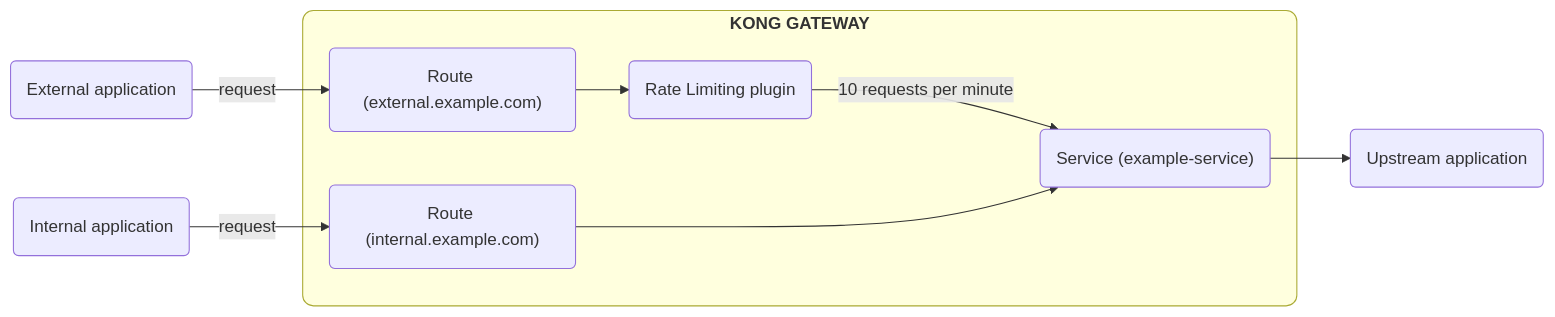
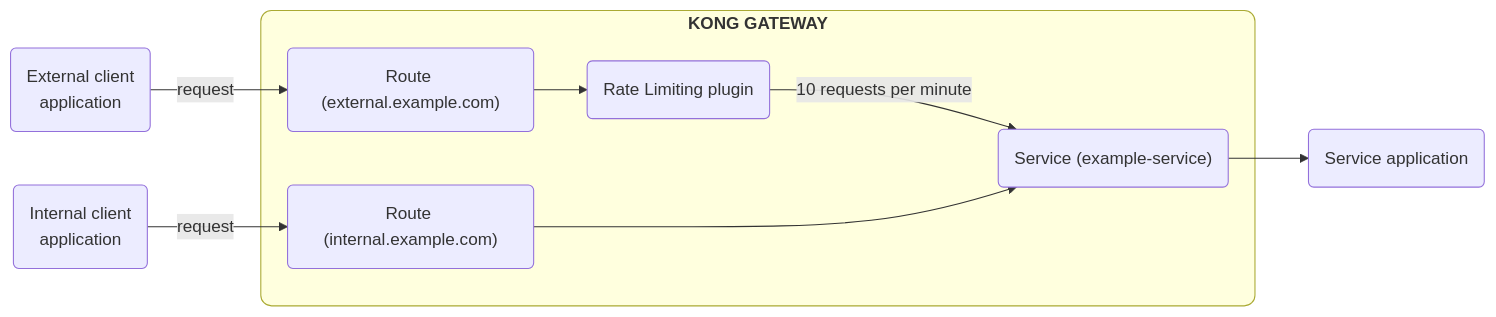
Before and after one commit to Kong/developer.konghq.com: the diagram in app/_gateway_entities/route.md, drawn with Mermaid. The commit also changed other lines of this file and 4 other files, not shown here.

```diff
--- a/app/_gateway_entities/route.md
+++ b/app/_gateway_entities/route.md
@@ -65,24 +69,26 @@
 {% mermaid %}
 flowchart LR
-  A(External application)
+  A(External client
+  application)
   B("`Route (external.example.com)`")
   B2(Rate Limiting plugin)
   C("`Service (example-service)`")
-  D(Upstream application)
-  E(Internal application)
+  D(Service application)
+  E(Internal client 
+  application)
   F("`Route (internal.example.com)`")
 
   A --request--> B
   E --request--> F
 
   subgraph id1 ["`
   **KONG GATEWAY**`"]
     B --> B2 --"10 requests per minute"--> C
     F ---> C
   end
 
   C --> D
 
   style id1 rx:10,ry:10
 
 {% endmermaid %}
```
